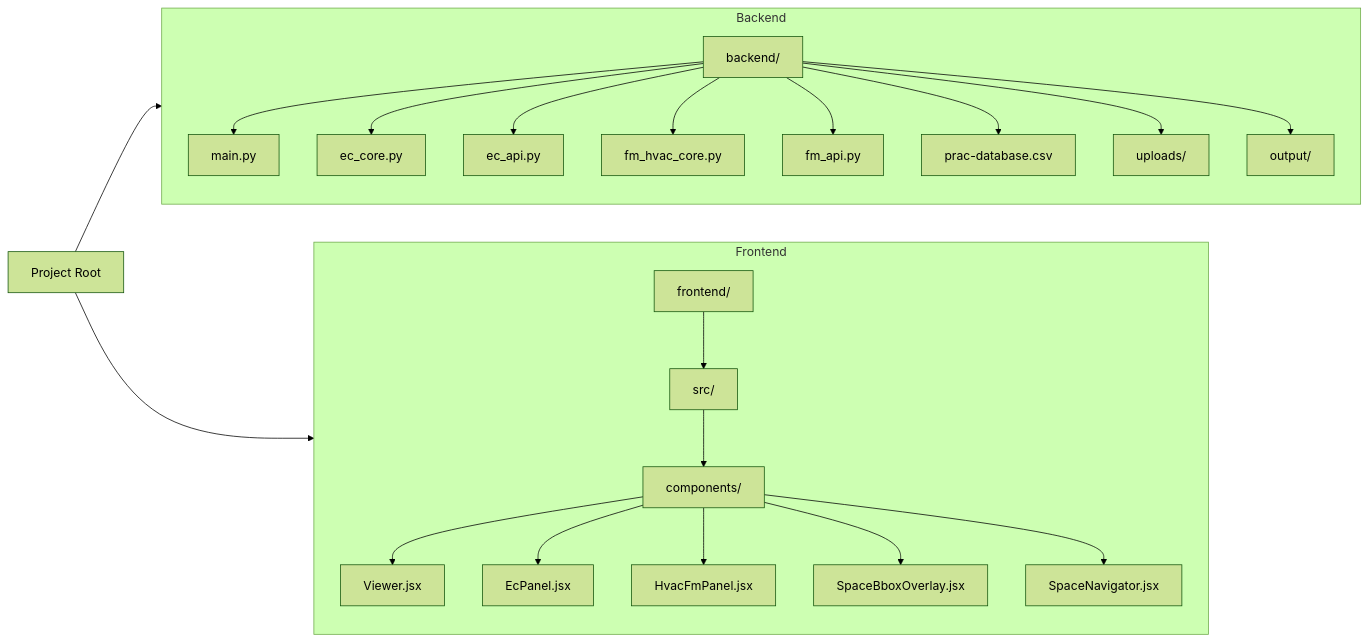
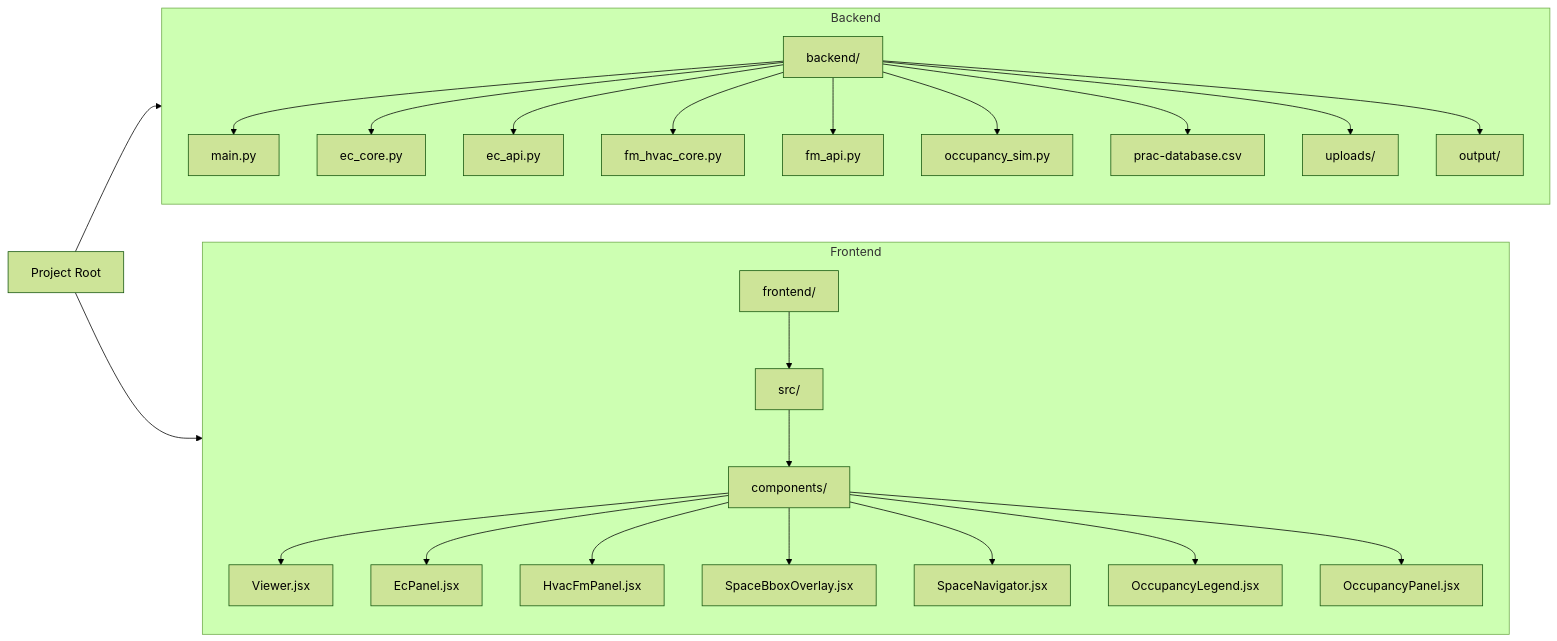
One commit to Naveendinula/DigitalTwin changed the second of 7 diagrams in SYSTEM_MAP.md. Above: the diagram before and after it, drawn with Mermaid (forest theme). The commit also changed other lines of this file and 2 other files, not shown here.

First line of the commit message:
docs: Add occupancy simulation to README, ARCHITECTURE, and SYSTEM_MAP

````diff
--- a/SYSTEM_MAP.md
+++ b/SYSTEM_MAP.md
@@ -72,47 +76,53 @@
 ```mermaid
 graph LR
     Root[Project Root]
     
     subgraph Backend
         BE[backend/]
         Main[main.py]
         Core[ec_core.py]
         API[ec_api.py]
         FmCore[fm_hvac_core.py]
         FmAPI[fm_api.py]
         DB[prac-database.csv]
         Uploads[uploads/]
         Output[output/]
         
         BE --> Main
         BE --> Core
         BE --> API
         BE --> FmCore
         BE --> FmAPI
+        OccSim2[occupancy_sim.py]
+        BE --> OccSim2
         BE --> DB
         BE --> Uploads
         BE --> Output
     end
     
     subgraph Frontend
         FE[frontend/]
         Src[src/]
         Comps[components/]
         Viewer[Viewer.jsx]
         Panel[EcPanel.jsx]
         HvacPanel[HvacFmPanel.jsx]
         SpaceOverlay[SpaceBboxOverlay.jsx]
         SpaceNav[SpaceNavigator.jsx]
         
         FE --> Src
         Src --> Comps
         Comps --> Viewer
         Comps --> Panel
         Comps --> HvacPanel
         Comps --> SpaceOverlay
         Comps --> SpaceNav
+        OccLegend[OccupancyLegend.jsx]
+        OccPanel[OccupancyPanel.jsx]
+        Comps --> OccLegend
+        Comps --> OccPanel
     end
     
     Root --> Backend
     Root --> Frontend
 ```
````
